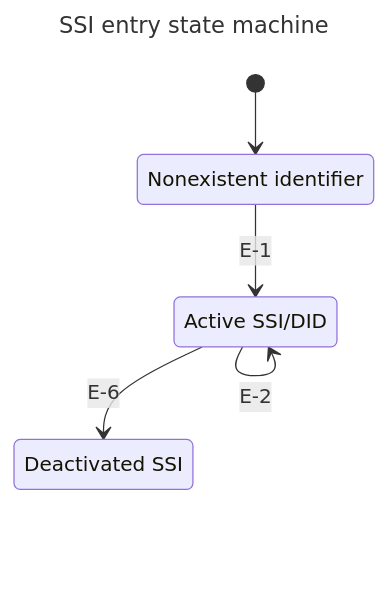
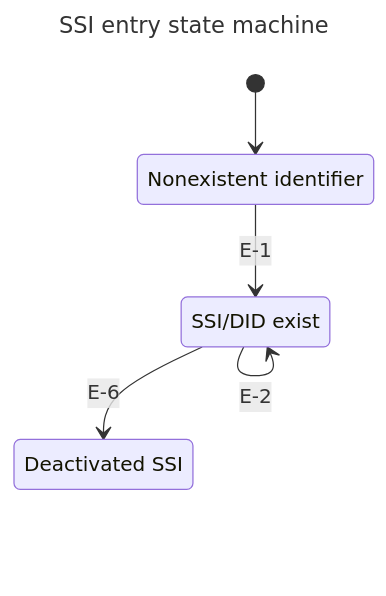
The first of 11 diagrams in prism-vdr-specification.md (hyperledger-identus/prism-vdr-driver), drawn with Mermaid before and after one commit. The commit also changed other lines of this file, not shown here.

````diff
--- a/prism-vdr-specification.md
+++ b/prism-vdr-specification.md
@@ -93,13 +93,13 @@
 ```mermaid
 ---
 title: SSI entry state machine
 ---
 stateDiagram-v2
     Nonexistent: Nonexistent identifier
-    Active: Active SSI/DID
+    Active: SSI/DID exist
     Deactivated: Deactivated SSI
     [*] --> Nonexistent
     Nonexistent --> Active: E-1
     Active --> Active: E-2
     Active --> Deactivated: E-6
 ```
````
